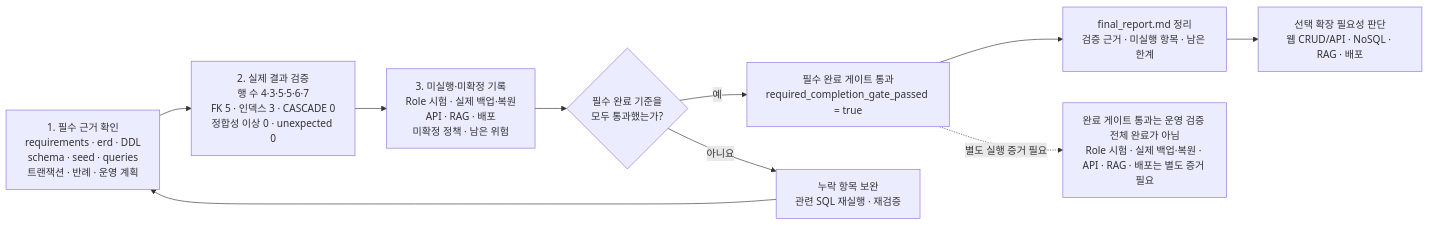
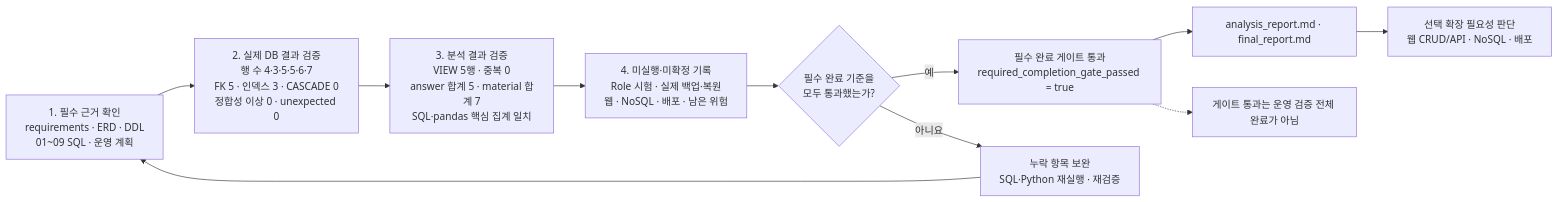
The diagram in images/chapter15/ch15_08_completion_checklist.mmd (GilbertMoon/ai-database-book), drawn with Mermaid before and after one commit.

Commit message:
Update Chapter 15 completion checklist for analysis validation

```diff
--- a/images/chapter15/ch15_08_completion_checklist.mmd
+++ b/images/chapter15/ch15_08_completion_checklist.mmd
@@ -1,15 +1,16 @@
 flowchart LR
-    A[1. 필수 근거 확인<br/>requirements · erd · DDL<br/>schema · seed · queries<br/>트랜잭션 · 반례 · 운영 계획]
-    B[2. 실제 결과 검증<br/>행 수 4·3·5·5·6·7<br/>FK 5 · 인덱스 3 · CASCADE 0<br/>정합성 이상 0 · unexpected 0]
-    C[3. 미실행·미확정 기록<br/>Role 시험 · 실제 백업·복원<br/>API · RAG · 배포<br/>미확정 정책 · 남은 위험]
-    D{필수 완료 기준을<br/>모두 통과했는가?}
-    E[필수 완료 게이트 통과<br/>required_completion_gate_passed = true]
-    F[final_report.md 정리<br/>검증 근거 · 미실행 항목 · 남은 한계]
-    G[선택 확장 필요성 판단<br/>웹 CRUD/API · NoSQL · RAG · 배포]
-    H[누락 항목 보완<br/>관련 SQL 재실행 · 재검증]
-    N[완료 게이트 통과는 운영 검증 전체 완료가 아님<br/>Role 시험 · 실제 백업·복원 · API · RAG · 배포는 별도 증거 필요]
+    A[1. 필수 근거 확인<br/>requirements · ERD · DDL<br/>01~09 SQL · 운영 계획]
+    B[2. 실제 DB 결과 검증<br/>행 수 4·3·5·5·6·7<br/>FK 5 · 인덱스 3 · CASCADE 0<br/>정합성 이상 0 · unexpected 0]
+    C[3. 분석 결과 검증<br/>VIEW 5행 · 중복 0<br/>answer 합계 5 · material 합계 7<br/>SQL·pandas 핵심 집계 일치]
+    D[4. 미실행·미확정 기록<br/>Role 시험 · 실제 백업·복원<br/>웹 · NoSQL · 배포 · 남은 위험]
+    E{필수 완료 기준을<br/>모두 통과했는가?}
+    F[필수 완료 게이트 통과<br/>required_completion_gate_passed = true]
+    G[analysis_report.md · final_report.md]
+    H[선택 확장 필요성 판단<br/>웹 CRUD/API · NoSQL · 배포]
+    I[누락 항목 보완<br/>SQL·Python 재실행 · 재검증]
+    N[게이트 통과는 운영 검증 전체 완료가 아님]
 
-    A --> B --> C --> D
-    D -->|예| E --> F --> G
-    D -->|아니요| H --> A
-    E -. "별도 실행 증거 필요" .-> N
+    A --> B --> C --> D --> E
+    E -->|예| F --> G --> H
+    E -->|아니요| I --> A
+    F -.-> N
```
